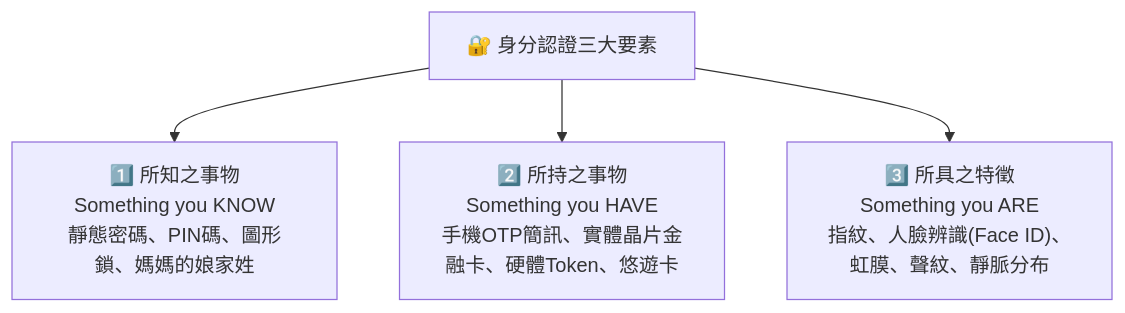
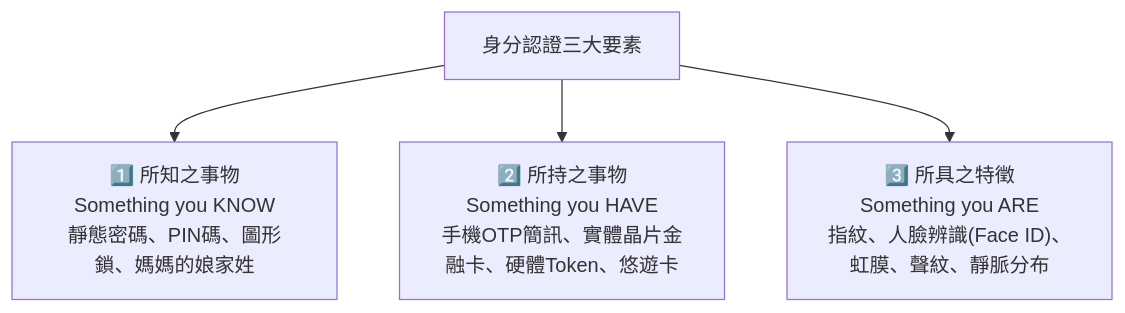
One commit to ehackerevan/exam-study-platform changed the diagram in 教材/金融科技力重點教材/05_支付創新、身分認證與金融資安.md. Above: the diagram before and after it, drawn with Mermaid. The commit also changed other lines of this file and 34 other files, not shown here.

Commit message:
feat: add frequency charts and refine study materials

````diff
--- a/教材/金融科技力重點教材/05_支付創新、身分認證與金融資安.md
+++ b/教材/金融科技力重點教材/05_支付創新、身分認證與金融資安.md
@@ -45,7 +45,7 @@
 ```mermaid
 graph TD
-    A["🔐 身分認證三大要素"]
+    A[" 身分認證三大要素"]
     A --> B["1️⃣ 所知之事物<br/>Something you KNOW<br/>靜態密碼、PIN碼、圖形鎖、媽媽的娘家姓"]
     A --> C["2️⃣ 所持之事物<br/>Something you HAVE<br/>手機OTP簡訊、實體晶片金融卡、硬體Token、悠遊卡"]
     A --> D["3️⃣ 所具之特徵<br/>Something you ARE<br/>指紋、人臉辨識(Face ID)、虹膜、聲紋、靜脈分布"]
 ```
````
